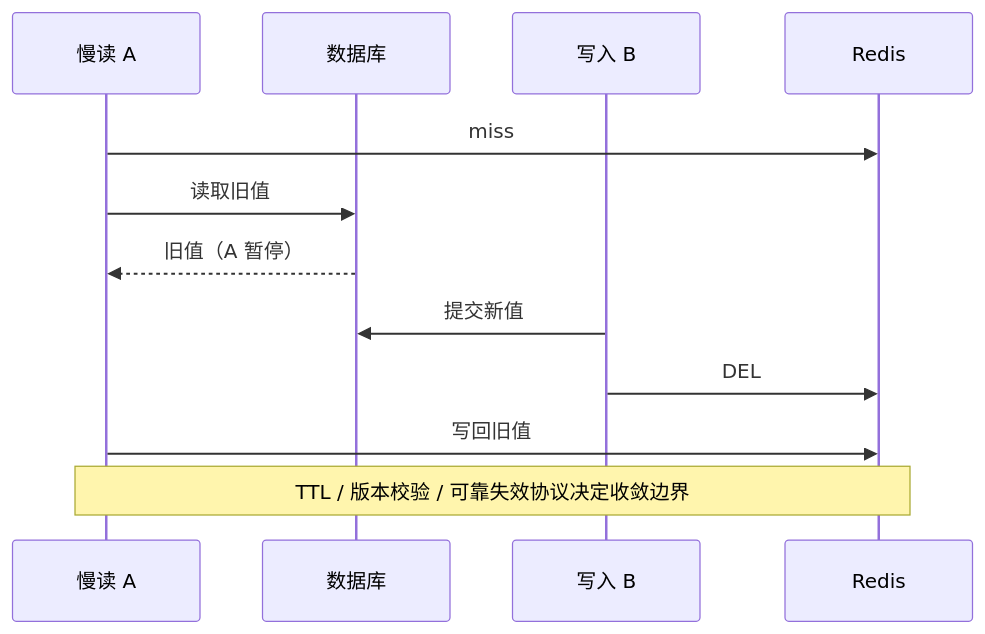
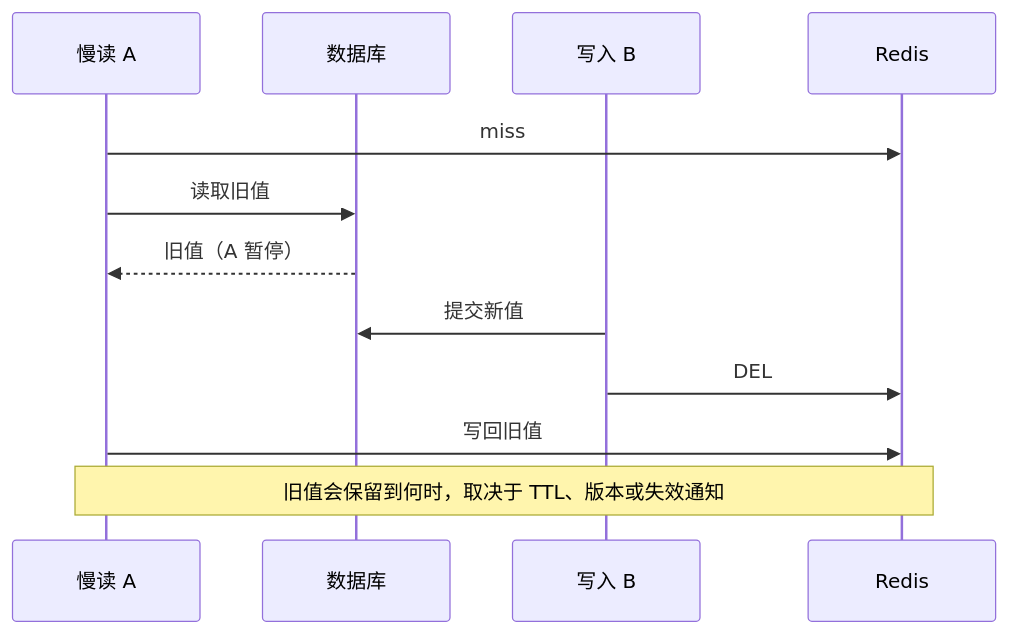
One commit to yisiliang/yisiliang.github.io changed the diagram in docs/java-architect-interview/chapters/08.md. Above: the diagram before and after it, drawn with Mermaid. The commit also changed other lines of this file and 18 other files, not shown here.

````diff
--- a/docs/java-architect-interview/chapters/08.md
+++ b/docs/java-architect-interview/chapters/08.md
@@ -61,14 +75,14 @@
 ```mermaid
 sequenceDiagram
  participant A as 慢读 A
  participant DB as 数据库
  participant B as 写入 B
  participant R as Redis
  A->>R: miss
  A->>DB: 读取旧值
  DB-->>A: 旧值（A 暂停）
  B->>DB: 提交新值
  B->>R: DEL
  A->>R: 写回旧值
- Note over A,R: TTL / 版本校验 / 可靠失效协议决定收敛边界
+ Note over A,R: 旧值会保留到何时，取决于 TTL、版本或失效通知
 ```
````
